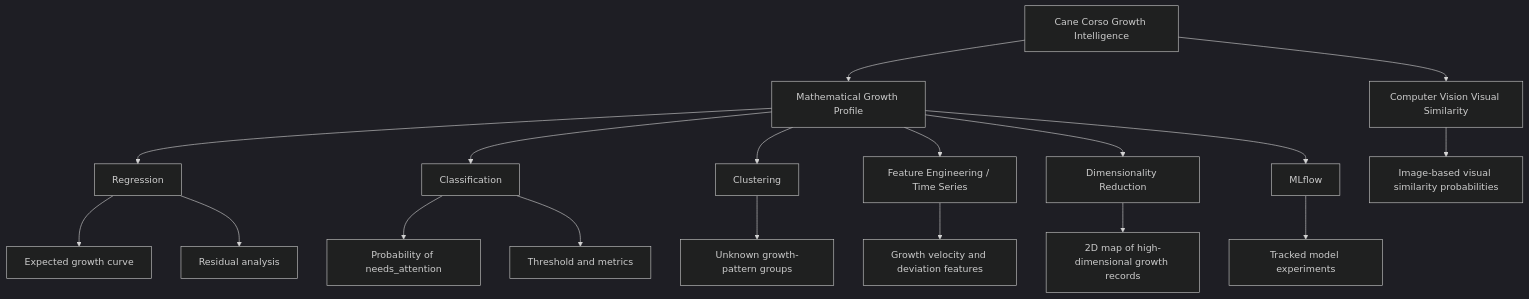
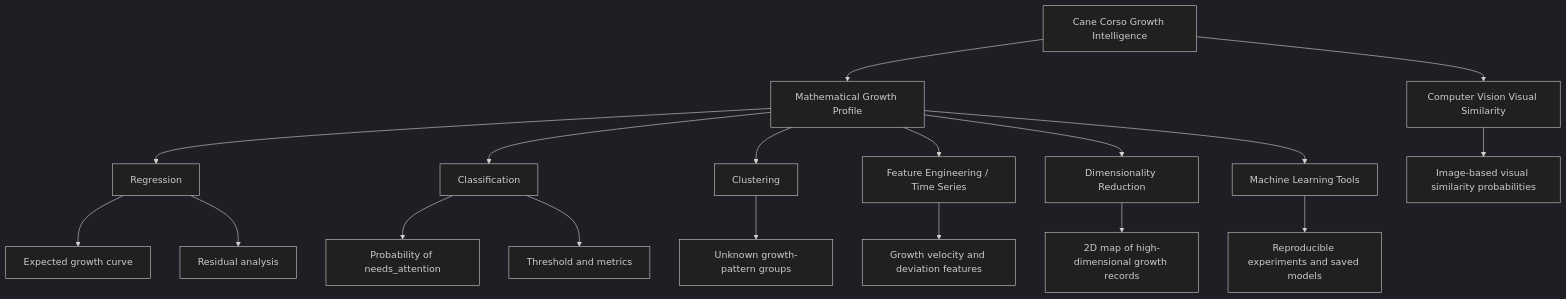
Before and after one commit to SATananov/cane-corso-growth-intelligence: the diagram in README.md, drawn with Mermaid (dark theme). The commit also changed other lines of this file and 2 other files, not shown here.

````diff
--- a/README.md
+++ b/README.md
@@ -594,21 +588,21 @@
 ```mermaid
 flowchart TD
     A["Cane Corso Growth Intelligence"] --> P["Mathematical Growth Profile"]
     P --> B["Regression"]
     P --> C["Classification"]
     P --> D["Clustering"]
     P --> E["Feature Engineering / Time Series"]
     P --> F["Dimensionality Reduction"]
-    P --> G["MLflow"]
+    P --> G["Machine Learning Tools"]
     A --> H["Computer Vision Visual Similarity"]
 
     B --> B1["Expected growth curve"]
     B --> B2["Residual analysis"]
     C --> C1["Probability of needs_attention"]
     C --> C2["Threshold and metrics"]
     D --> D1["Unknown growth-pattern groups"]
     E --> E1["Growth velocity and deviation features"]
     F --> F1["2D map of high-dimensional growth records"]
-    G --> G1["Tracked model experiments"]
+    G --> G1["Reproducible experiments and saved models"]
     H --> H1["Image-based visual similarity probabilities"]
 ```
````
